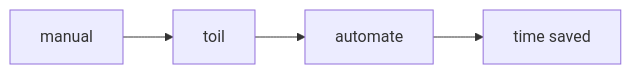
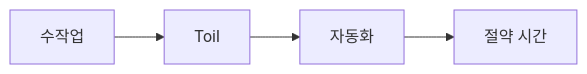
The diagram in content/sre-101/ko/08-reducing-toil.md (yeongseon-books/book-content), drawn with Mermaid before and after one commit. The commit also changed other lines of this file and 9 other files, not shown here.

````diff
--- a/content/sre-101/ko/08-reducing-toil.md
+++ b/content/sre-101/ko/08-reducing-toil.md
@@ -33,6 +47,6 @@
 ```mermaid
 flowchart LR
-    Manual["manual"] --> Toil["toil"]
-    Toil --> Automate["automate"]
-    Automate --> Saved["time saved"]
+    Manual["수작업"] --> Toil["Toil"]
+    Toil --> Automate["자동화"]
+    Automate --> Saved["절약 시간"]
 ```
````
